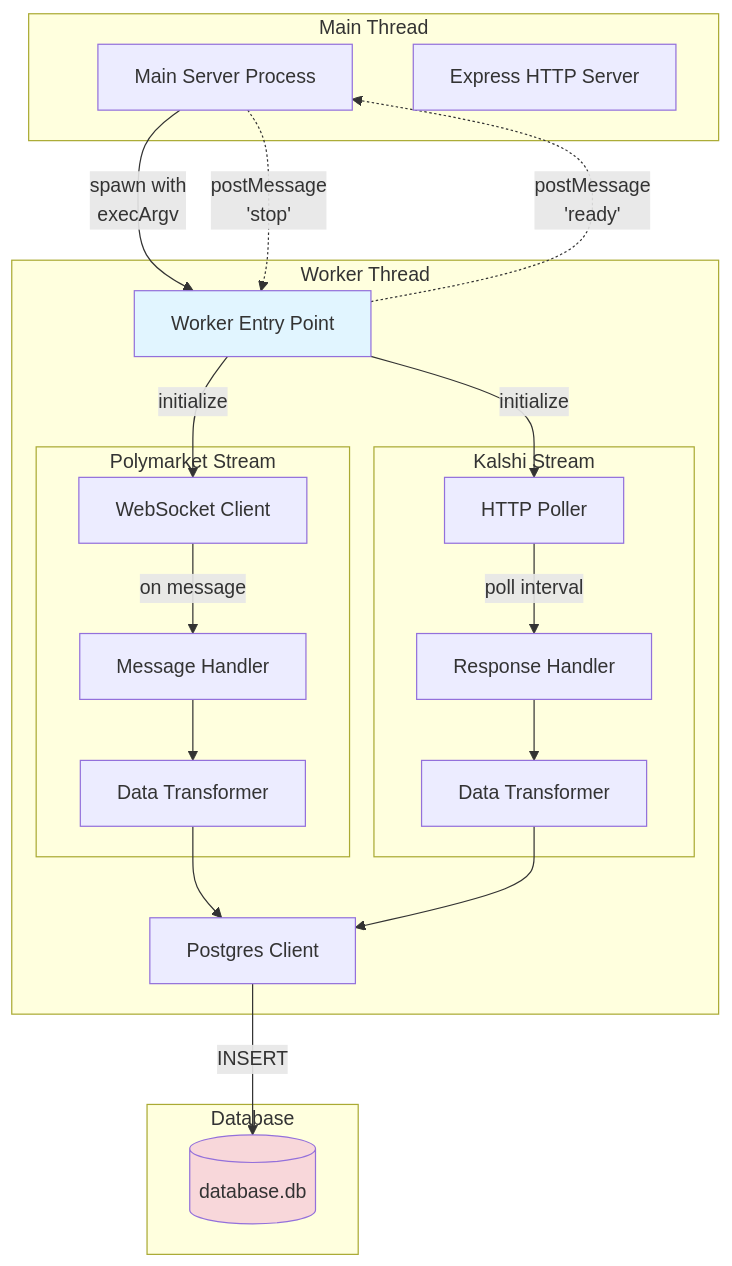
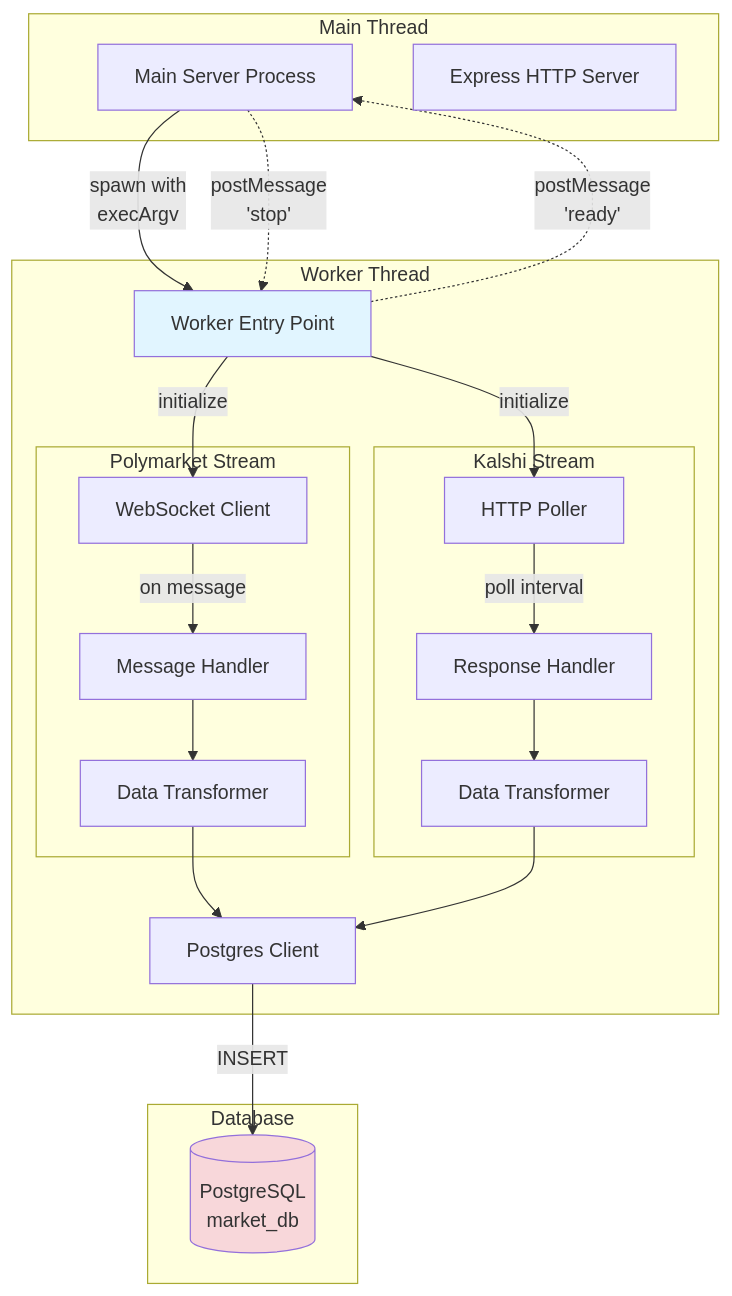
One commit to ivaaak/PredictionMarket-Arbitrage changed the fifth of 8 diagrams in docs/architecture.md. Above: the diagram before and after it, drawn with Mermaid. The commit also changed other lines of this file and 40 other files, not shown here.

````diff
--- a/docs/architecture.md
+++ b/docs/architecture.md
@@ -209,49 +216,49 @@
 ```mermaid
 graph TB
     subgraph "Main Thread"
         MAIN[Main Server Process]
         SERVER[Express HTTP Server]
     end
     
     subgraph "Worker Thread"
         WORKER[Worker Entry Point]
         
         subgraph "Polymarket Stream"
             PMC[WebSocket Client]
             PMH[Message Handler]
             PMT[Data Transformer]
         end
         
         subgraph "Kalshi Stream"
             KLC[HTTP Poller]
             KLH[Response Handler]
             KLT[Data Transformer]
         end
         
         DBC[Postgres Client]
     end
     
     subgraph "Database"
-        DB[(database.db)]
+        DB[(PostgreSQL<br/>market_db)]
     end
     
     MAIN -->|spawn with<br/>execArgv| WORKER
     WORKER -->|initialize| PMC
     WORKER -->|initialize| KLC
     
     PMC -->|on message| PMH
     PMH --> PMT
     PMT --> DBC
     
     KLC -->|poll interval| KLH
     KLH --> KLT
     KLT --> DBC
     
     DBC -->|INSERT| DB
     
     WORKER -.->|postMessage<br/>'ready'| MAIN
     MAIN -.->|postMessage<br/>'stop'| WORKER
     
     style WORKER fill:#e1f5ff
     style DB fill:#f8d7da
 ```
````
